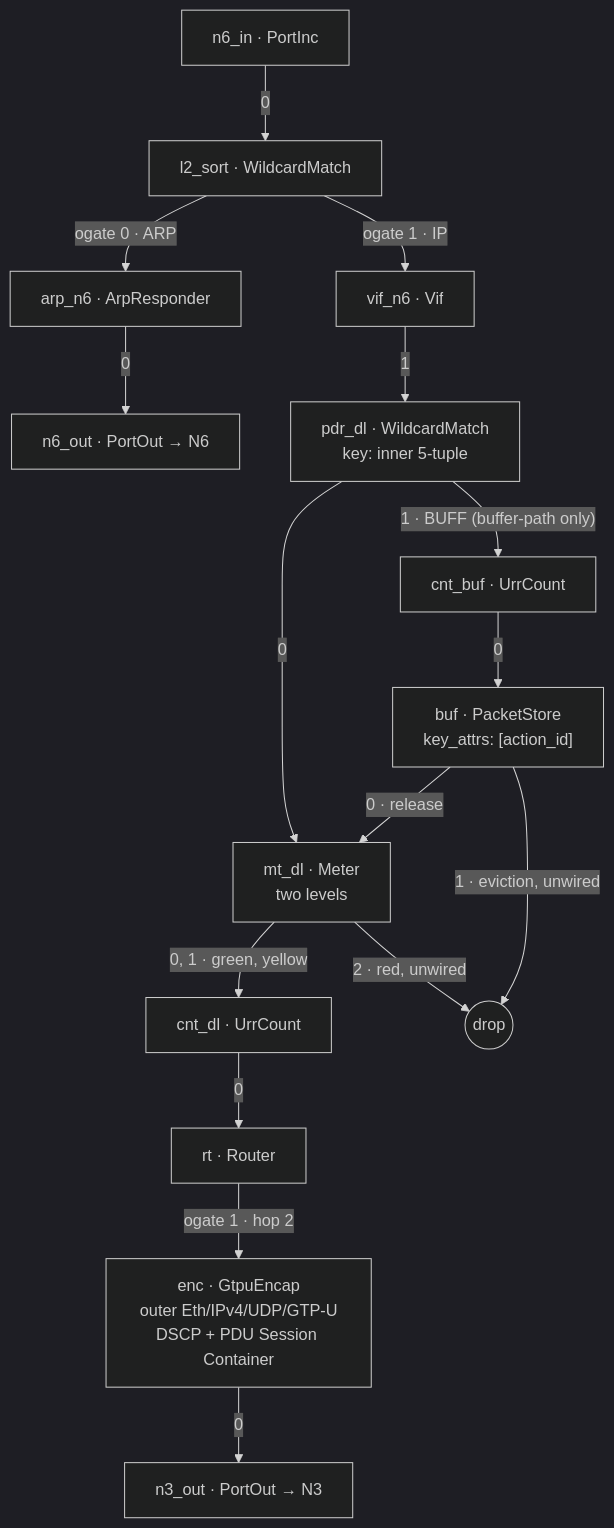
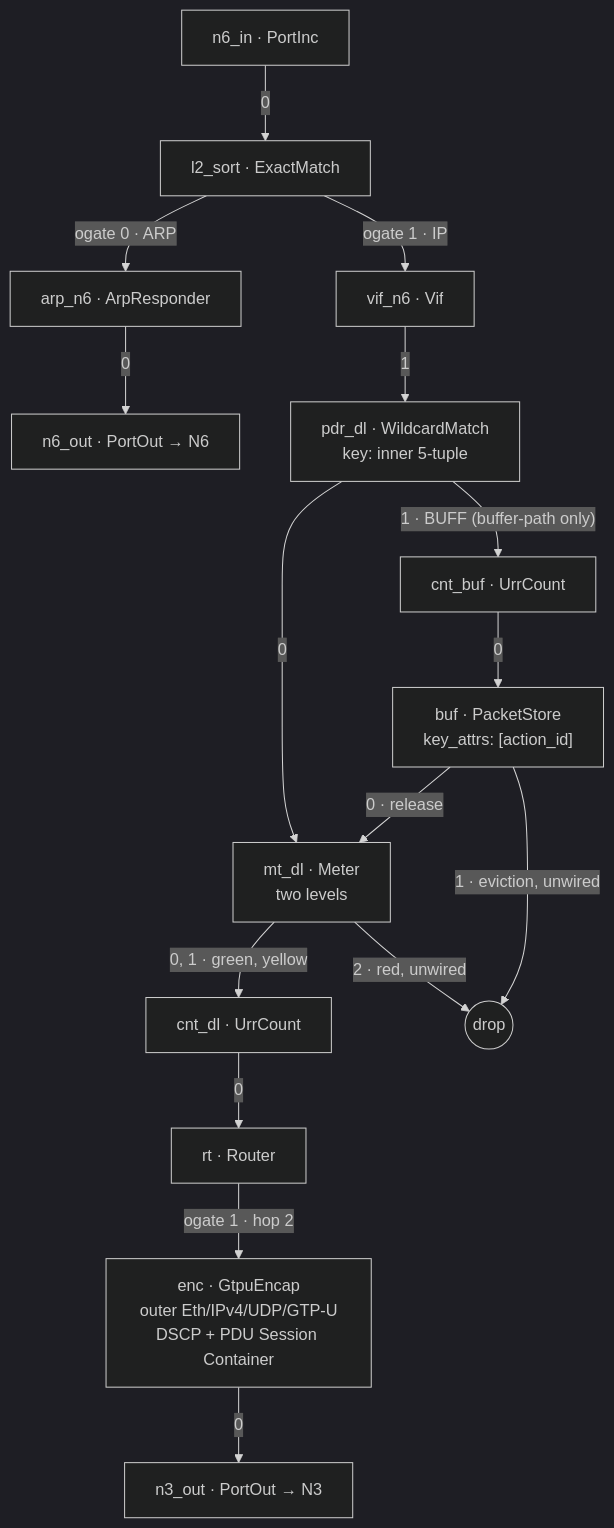
One commit to krsna1729/upf changed the second of 3 diagrams in docs/datapath.md. Above: the diagram before and after it, drawn with Mermaid (dark theme). The commit also changed 7 other files, not shown here.

First line of the commit message:
deploy: migrate l2_sort EtherType split from WildcardMatch to ExactMatch

````diff
--- a/docs/datapath.md
+++ b/docs/datapath.md
@@ -53,18 +53,18 @@
 ```mermaid
 flowchart TB
-    n6in["n6_in · PortInc"] -->|0| l2["l2_sort · WildcardMatch"]
+    n6in["n6_in · PortInc"] -->|0| l2["l2_sort · ExactMatch"]
     l2 -->|"ogate 0 · ARP"| arp["arp_n6 · ArpResponder"]
     arp -->|0| n6out["n6_out · PortOut → N6"]
     l2 -->|"ogate 1 · IP"| vif["vif_n6 · Vif"]
     vif -->|1| pdr["pdr_dl · WildcardMatch<br/>key: inner 5-tuple"]
     pdr -->|0| meter["mt_dl · Meter<br/>two levels"]
     pdr -->|"1 · BUFF (buffer-path only)"| cb["cnt_buf · UrrCount"]
     cb -->|0| buf["buf · PacketStore<br/>key_attrs: [action_id]"]
     buf -->|"0 · release"| meter
     buf -->|"1 · eviction, unwired"| drop(("drop"))
     meter -->|"0, 1 · green, yellow"| cnt["cnt_dl · UrrCount"]
     meter -->|"2 · red, unwired"| drop
     cnt -->|0| rt["rt · Router"]
     rt -->|"ogate 1 · hop 2"| enc["enc · GtpuEncap<br/>outer Eth/IPv4/UDP/GTP-U<br/>DSCP + PDU Session Container"]
     enc -->|0| n3out["n3_out · PortOut → N3"]
 ```
````
